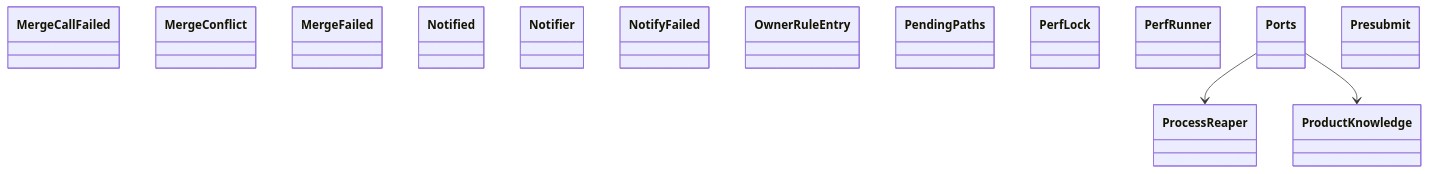
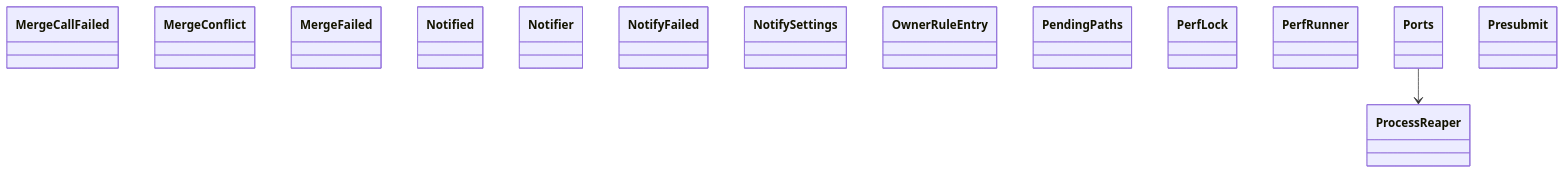
One commit to GonzaloZevallos/agentic-system changed the diagram in docs/architecture/generated/classes-process-application-support-5.md. Above: the diagram before and after it, drawn with Mermaid. The commit also changed other lines of this file and 25 other files, not shown here.

Commit message:
Regenerate the architecture docs for the SMTP adapter

````diff
--- a/docs/architecture/generated/classes-process-application-support-5.md
+++ b/docs/architecture/generated/classes-process-application-support-5.md
@@ -21,19 +21,18 @@
 ```mermaid
 classDiagram
     class ports__MergeCallFailed["MergeCallFailed"]
     class ports__MergeConflict["MergeConflict"]
     class ports__MergeFailed["MergeFailed"]
     class ports__Notified["Notified"]
     class ports__Notifier["Notifier"]
     class ports__NotifyFailed["NotifyFailed"]
+    class ports__NotifySettings["NotifySettings"]
     class ports__OwnerRuleEntry["OwnerRuleEntry"]
     class ports__PendingPaths["PendingPaths"]
     class ports__PerfLock["PerfLock"]
     class ports__PerfRunner["PerfRunner"]
     class ports__Ports["Ports"]
     class ports__Presubmit["Presubmit"]
     class ports__ProcessReaper["ProcessReaper"]
-    class ports__ProductKnowledge["ProductKnowledge"]
     ports__Ports --> ports__ProcessReaper
-    ports__Ports --> ports__ProductKnowledge
 ```
````
